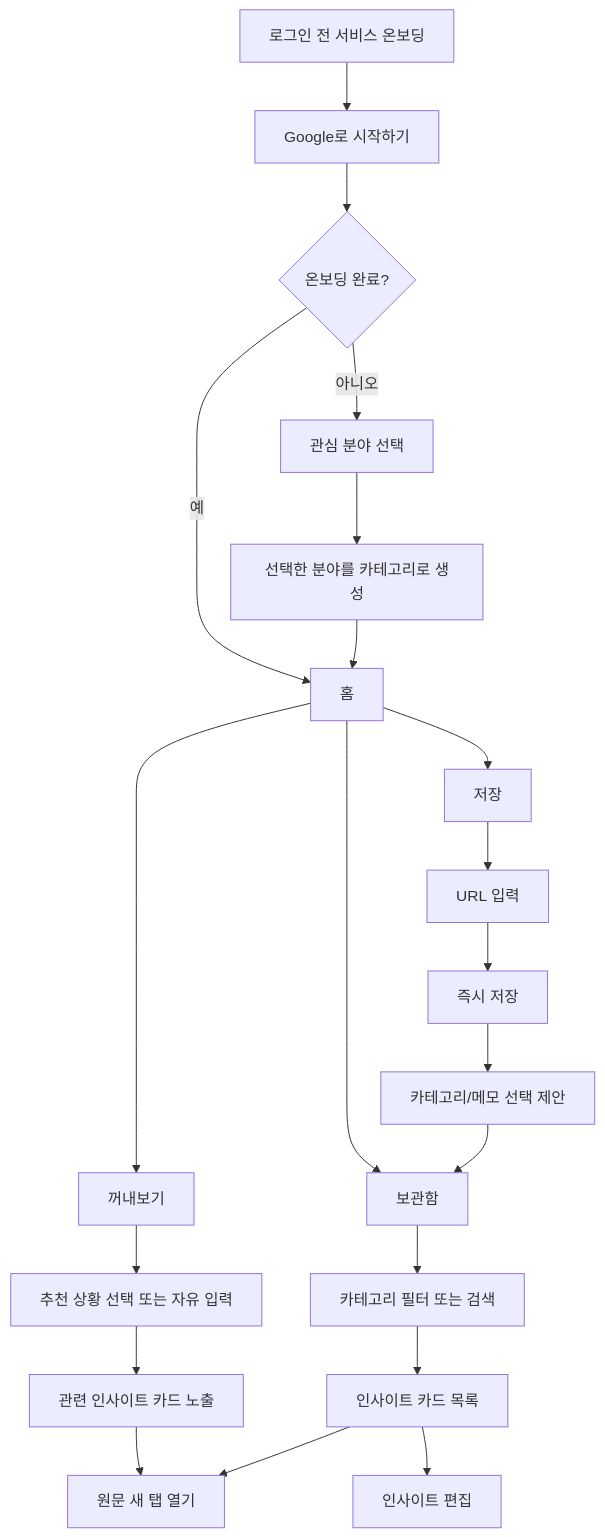
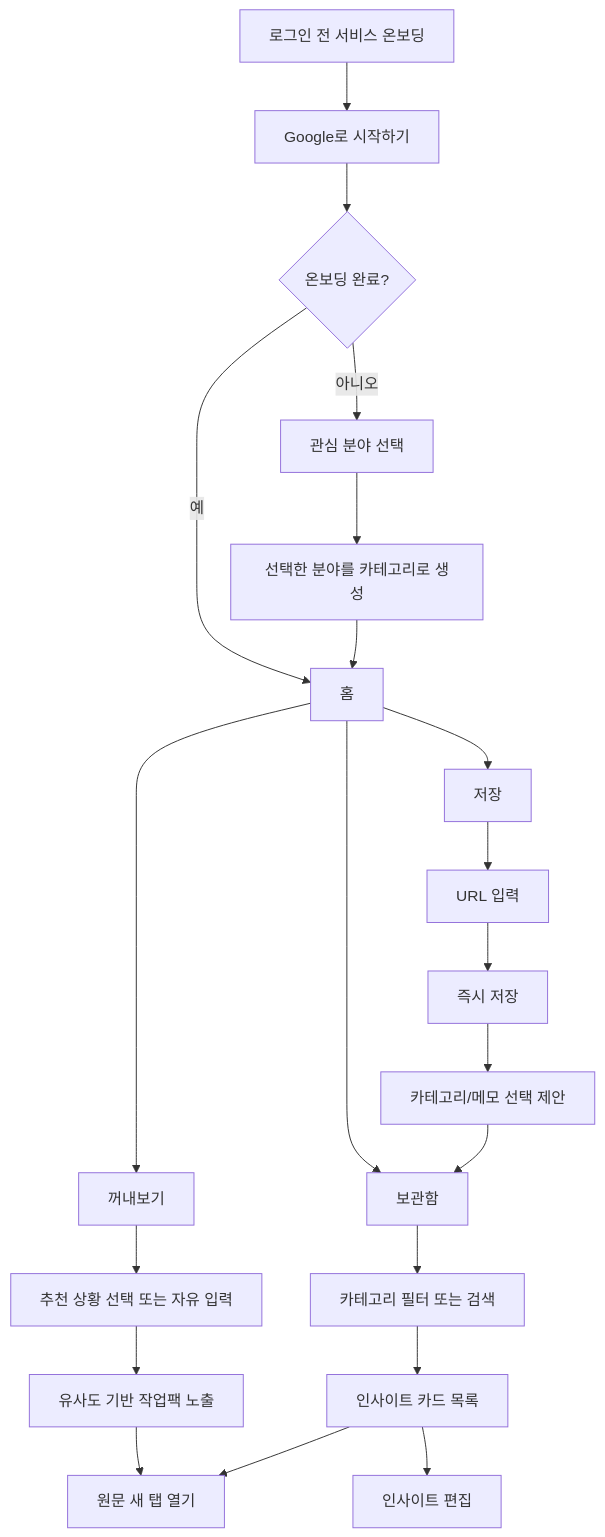
The diagram in docs/plan.md (Mureung1/hub-showcase), drawn with Mermaid before and after one commit. The commit also changed other lines of this file and 11 other files, not shown here.

Commit message:
docs: 꺼내보기 유사도 작업팩 기준 정리

````diff
--- a/docs/plan.md
+++ b/docs/plan.md
@@ -219,26 +221,26 @@
 ```mermaid
 flowchart TD
   A["로그인 전 서비스 온보딩"] --> B["Google로 시작하기"]
   B --> C{"온보딩 완료?"}
   C -- "아니오" --> D["관심 분야 선택"]
   D --> E["선택한 분야를 카테고리로 생성"]
   C -- "예" --> F["홈"]
   E --> F
 
   F --> G["꺼내보기"]
   G --> H["추천 상황 선택 또는 자유 입력"]
-  H --> I["관련 인사이트 카드 노출"]
+  H --> I["유사도 기반 작업팩 노출"]
   I --> J["원문 새 탭 열기"]
 
   F --> K["보관함"]
   K --> L["카테고리 필터 또는 검색"]
   L --> M["인사이트 카드 목록"]
   M --> J
   M --> N["인사이트 편집"]
 
   F --> O["저장"]
   O --> P["URL 입력"]
   P --> Q["즉시 저장"]
   Q --> R["카테고리/메모 선택 제안"]
   R --> K
 ```
````
